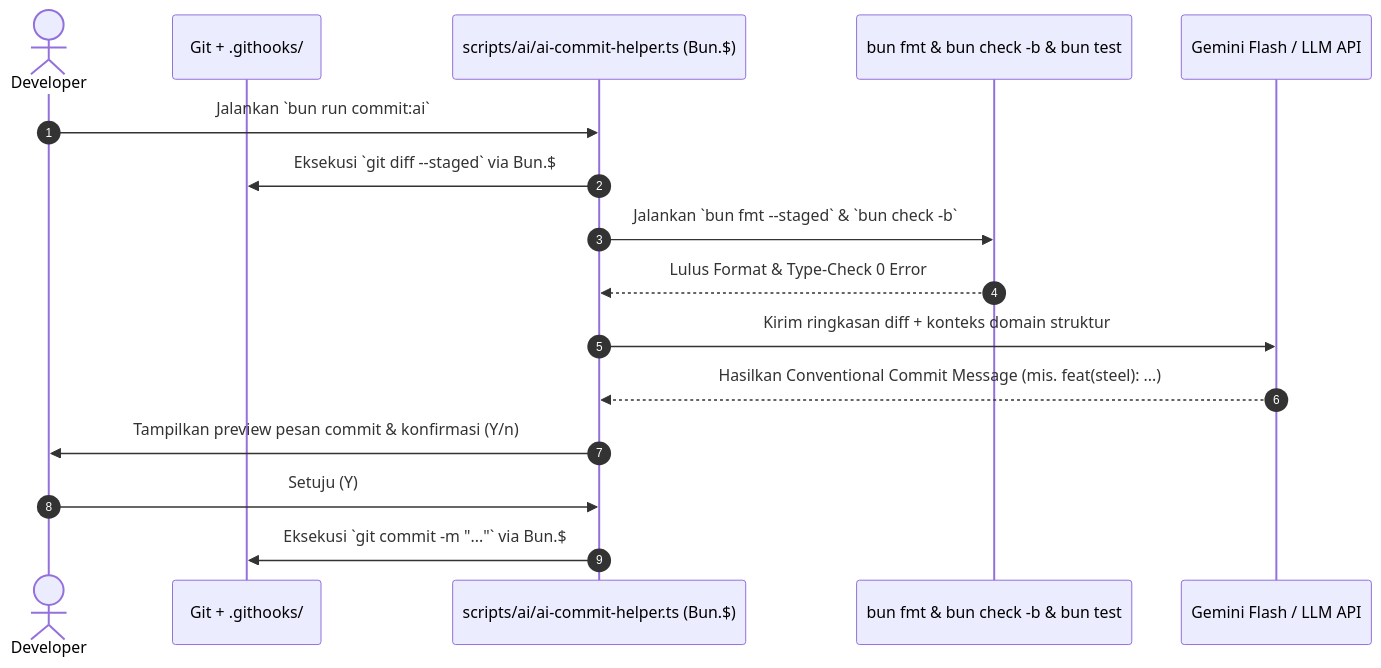
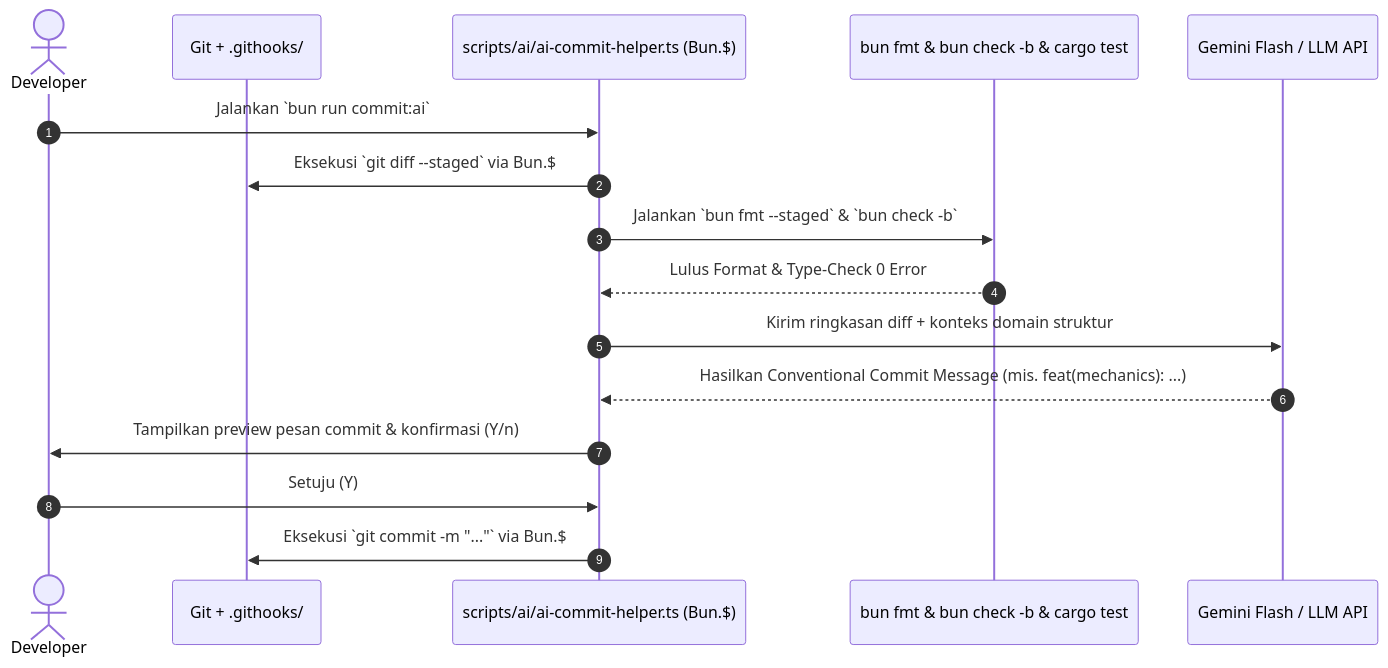
Before and after one commit to Rilaptra/erzysh-IBDS: the third of 3 diagrams in mdfiles/bun_v1_4_4_architecture_and_context.md, drawn with Mermaid. The commit also changed other lines of this file and 19 other files, not shown here.

````diff
--- a/mdfiles/bun_v1_4_4_architecture_and_context.md
+++ b/mdfiles/bun_v1_4_4_architecture_and_context.md
@@ -119,19 +99,19 @@
 ```mermaid
 sequenceDiagram
     autonumber
     actor Dev as Developer
     participant Git as Git + .githooks/
     participant Script as scripts/ai/ai-commit-helper.ts (Bun.$)
-    participant Check as bun fmt & bun check -b & bun test
+    participant Check as bun fmt & bun check -b & cargo test
     participant LLM as Gemini Flash / LLM API
 
     Dev->>Script: Jalankan `bun run commit:ai`
     Script->>Git: Eksekusi `git diff --staged` via Bun.$
     Script->>Check: Jalankan `bun fmt --staged` & `bun check -b`
     Check-->>Script: Lulus Format & Type-Check 0 Error
     Script->>LLM: Kirim ringkasan diff + konteks domain struktur
-    LLM-->>Script: Hasilkan Conventional Commit Message (mis. feat(steel): ...)
+    LLM-->>Script: Hasilkan Conventional Commit Message (mis. feat(mechanics): ...)
     Script->>Dev: Tampilkan preview pesan commit & konfirmasi (Y/n)
     Dev->>Script: Setuju (Y)
     Script->>Git: Eksekusi `git commit -m "..."` via Bun.$
 ```
````
